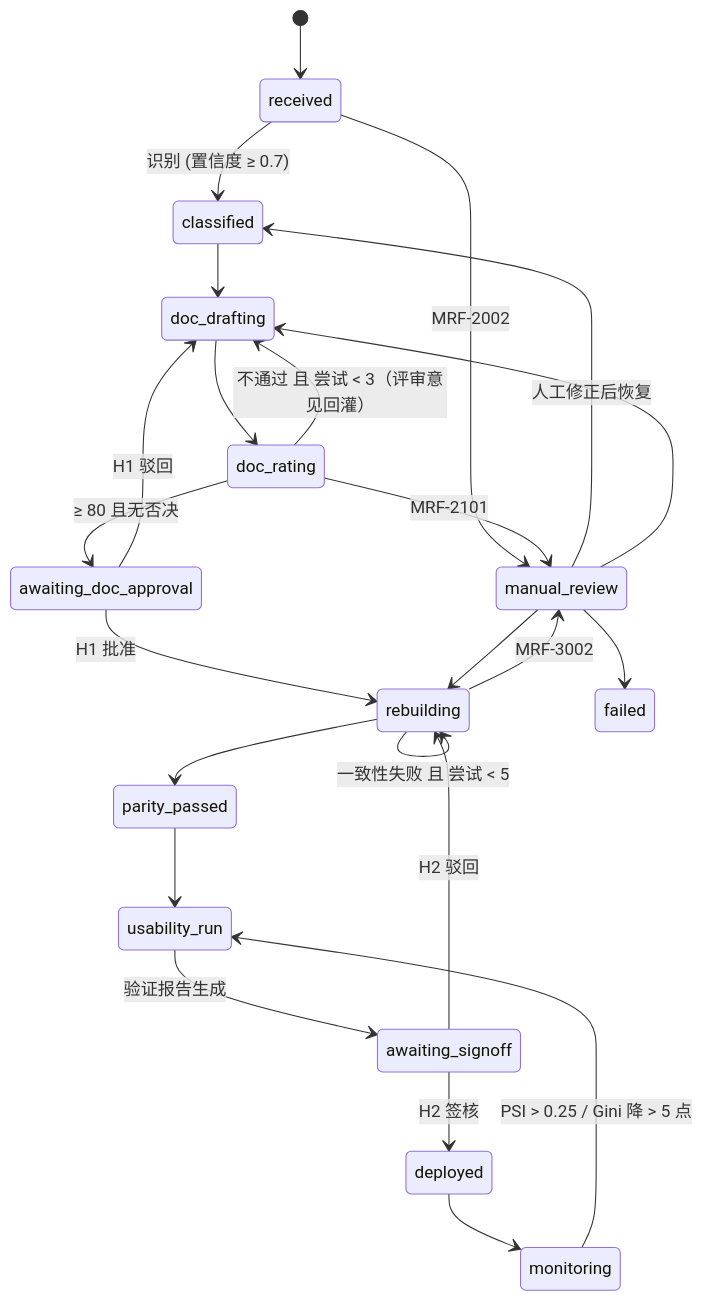
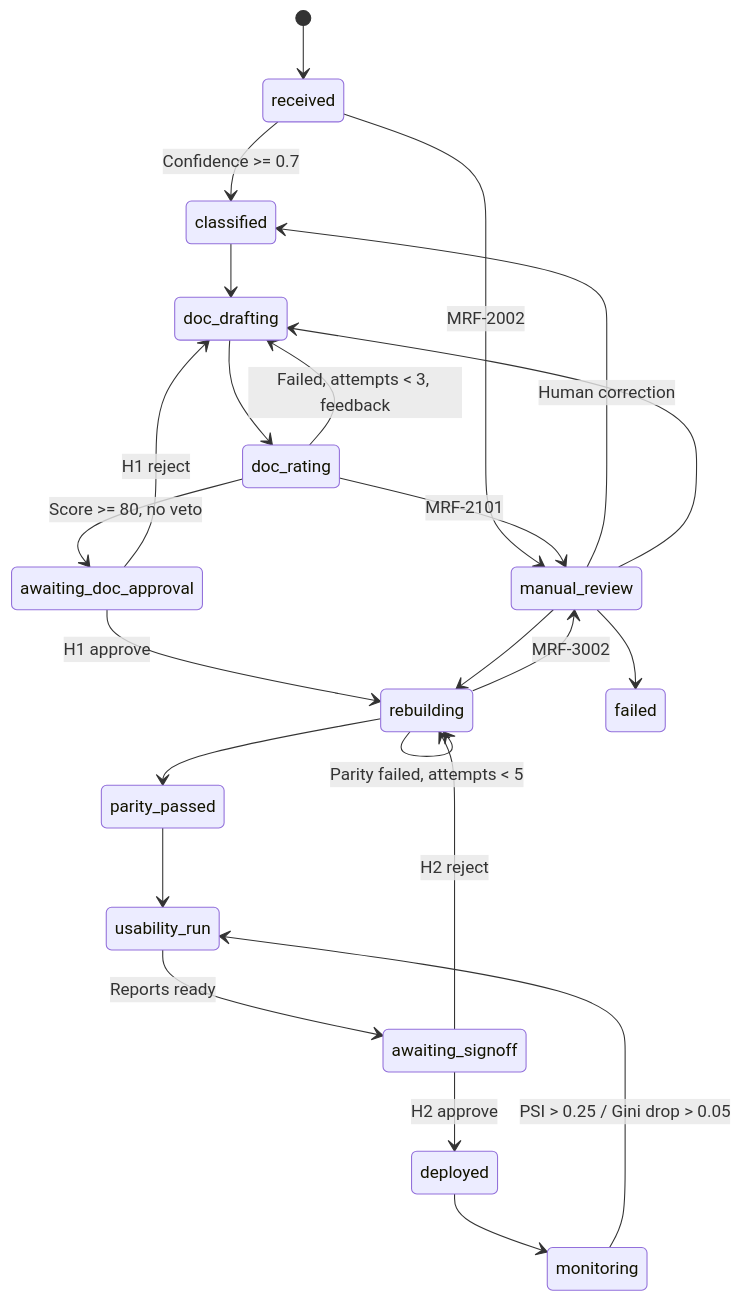
One commit to LuisWang709/EXL_JLWZ changed the third of 3 diagrams in docs/architecture.md. Above: the diagram before and after it, drawn with Mermaid. The commit also changed other lines of this file and 31 other files, not shown here.

````diff
--- a/docs/architecture.md
+++ b/docs/architecture.md
@@ -116,26 +108,26 @@
 ```mermaid
 stateDiagram-v2
     [*] --> received
-    received --> classified: 识别 (置信度 ≥ 0.7)
+    received --> classified: Confidence >= 0.7
     received --> manual_review: MRF-2002
     classified --> doc_drafting
     doc_drafting --> doc_rating
-    doc_rating --> doc_drafting: 不通过 且 尝试 < 3（评审意见回灌）
+    doc_rating --> doc_drafting: Failed, attempts < 3, feedback
     doc_rating --> manual_review: MRF-2101
-    doc_rating --> awaiting_doc_approval: ≥ 80 且无否决
-    awaiting_doc_approval --> rebuilding: H1 批准
-    awaiting_doc_approval --> doc_drafting: H1 驳回
-    rebuilding --> rebuilding: 一致性失败 且 尝试 < 5
+    doc_rating --> awaiting_doc_approval: Score >= 80, no veto
+    awaiting_doc_approval --> rebuilding: H1 approve
+    awaiting_doc_approval --> doc_drafting: H1 reject
+    rebuilding --> rebuilding: Parity failed, attempts < 5
     rebuilding --> manual_review: MRF-3002
     rebuilding --> parity_passed
     parity_passed --> usability_run
-    usability_run --> awaiting_signoff: 验证报告生成
-    awaiting_signoff --> deployed: H2 签核
-    awaiting_signoff --> rebuilding: H2 驳回
+    usability_run --> awaiting_signoff: Reports ready
+    awaiting_signoff --> deployed: H2 approve
+    awaiting_signoff --> rebuilding: H2 reject
     deployed --> monitoring
-    monitoring --> usability_run: PSI > 0.25 / Gini 降 > 5 点
-    manual_review --> classified: 人工修正后恢复
+    monitoring --> usability_run: PSI > 0.25 / Gini drop > 0.05
+    manual_review --> classified: Human correction
     manual_review --> doc_drafting
     manual_review --> rebuilding
     manual_review --> failed
 ```
````
